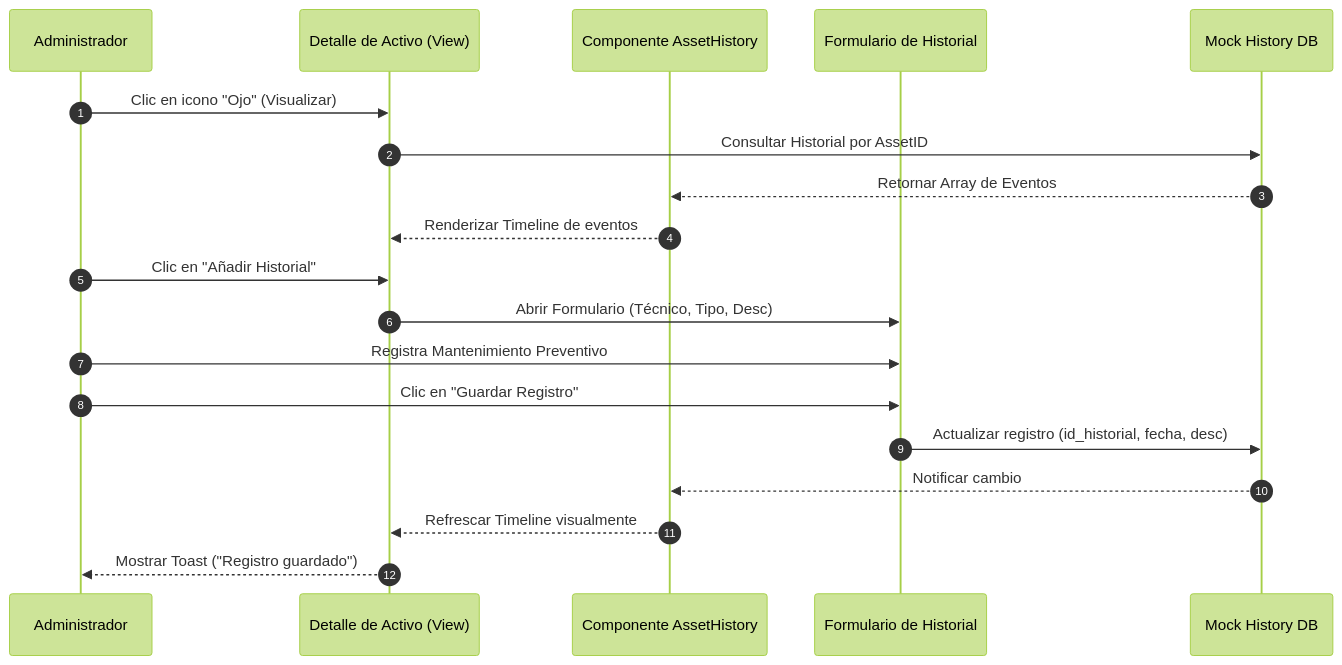
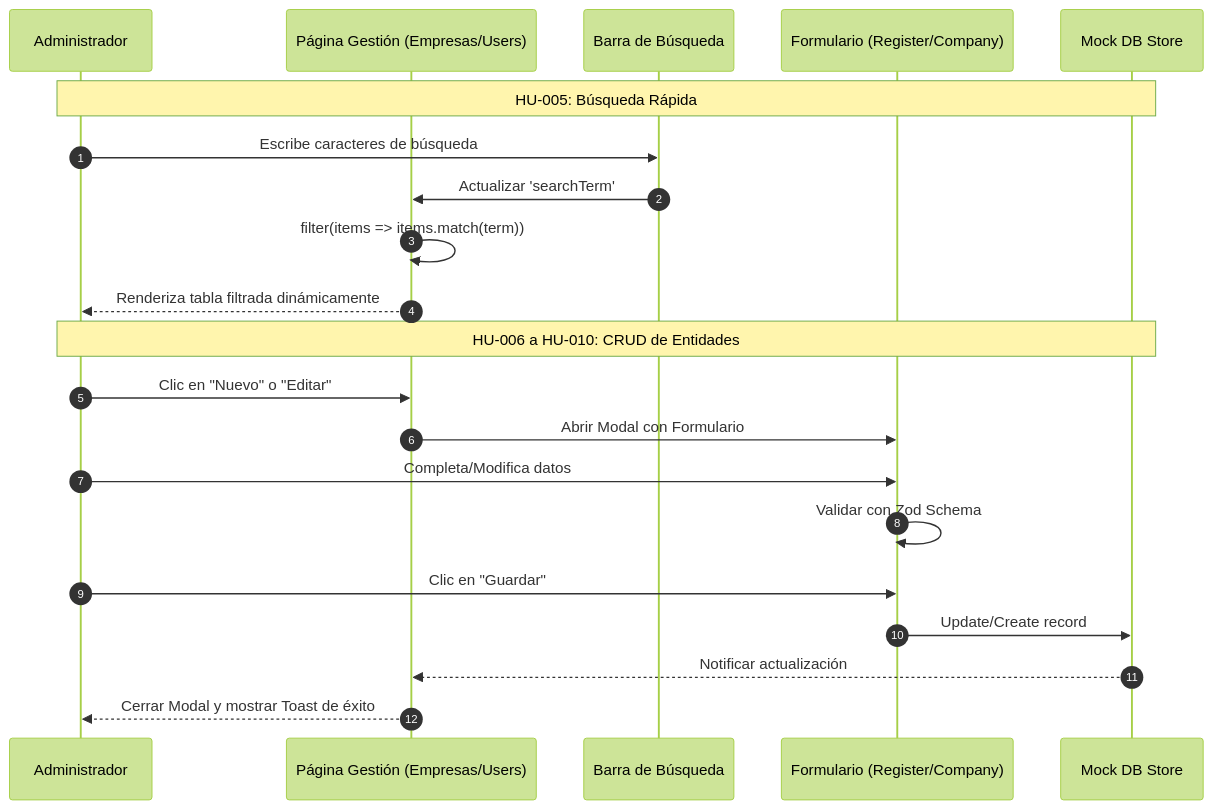
Before and after one commit to KaicerPirata/Proyecto: the third of 5 diagrams in DIAGRAMAS.md, drawn with Mermaid (forest theme). The commit also changed other lines of this file, not shown here.

Commit message:
porfavor hacer diagramas que te pedi con estos puntos HU-001	Usuario (To

````diff
--- a/DIAGRAMAS.md
+++ b/DIAGRAMAS.md
@@ -84,22 +77,25 @@
 ```mermaid
 sequenceDiagram
     autonumber
     participant A as Administrador
-    participant DT as Detalle de Activo (View)
-    participant H as Componente AssetHistory
-    participant HF as Formulario de Historial
-    participant DB as Mock History DB
+    participant P as Página Gestión (Empresas/Users)
+    participant B as Barra de Búsqueda
+    participant F as Formulario (Register/Company)
+    participant DB as Mock DB Store
 
-    A->>DT: Clic en icono "Ojo" (Visualizar)
-    DT->>DB: Consultar Historial por AssetID
-    DB-->>H: Retornar Array de Eventos
-    H-->>DT: Renderizar Timeline de eventos
-    A->>DT: Clic en "Añadir Historial"
-    DT->>HF: Abrir Formulario (Técnico, Tipo, Desc)
-    A->>HF: Registra Mantenimiento Preventivo
-    A->>HF: Clic en "Guardar Registro"
-    HF->>DB: Actualizar registro (id_historial, fecha, desc)
-    DB-->>H: Notificar cambio
-    H-->>DT: Refrescar Timeline visualmente
-    DT-->>A: Mostrar Toast ("Registro guardado")
+    Note over A, DB: HU-005: Búsqueda Rápida
+    A->>B: Escribe caracteres de búsqueda
+    B->>P: Actualizar 'searchTerm'
+    P->>P: filter(items => items.match(term))
+    P-->>A: Renderiza tabla filtrada dinámicamente
+
+    Note over A, DB: HU-006 a HU-010: CRUD de Entidades
+    A->>P: Clic en "Nuevo" o "Editar"
+    P->>F: Abrir Modal con Formulario
+    A->>F: Completa/Modifica datos
+    F->>F: Validar con Zod Schema
+    A->>F: Clic en "Guardar"
+    F->>DB: Update/Create record
+    DB-->>P: Notificar actualización
+    P-->>A: Cerrar Modal y mostrar Toast de éxito
 ```
````
